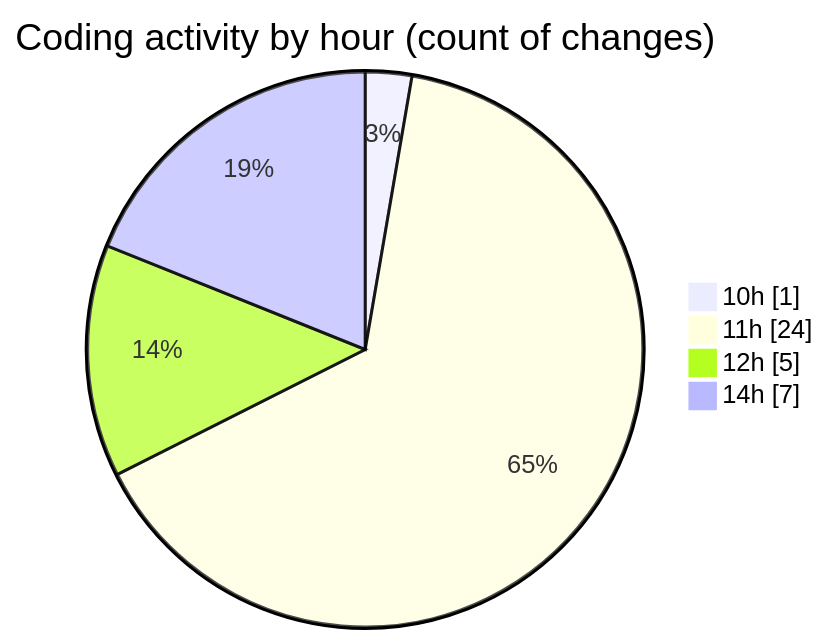
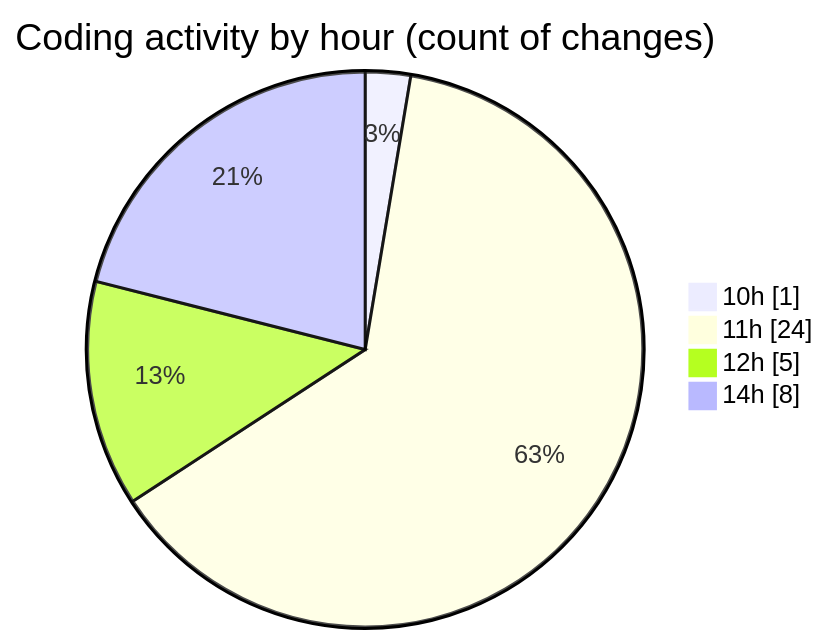
One commit to debugP/code-tracking changed the second of 2 diagrams in 2025-10-03/untitled__workspace_/README.md. Above: the diagram before and after it, drawn with Mermaid. The commit also changed other lines of this file and 1 other file, not shown here.

````diff
--- a/2025-10-03/untitled__workspace_/README.md
+++ b/2025-10-03/untitled__workspace_/README.md
@@ -29,8 +29,8 @@
 ```mermaid
 pie showData
 title Coding activity by hour (count of changes)
 "10h" : 1
 "11h" : 24
 "12h" : 5
-"14h" : 7
+"14h" : 8
 ```
````
